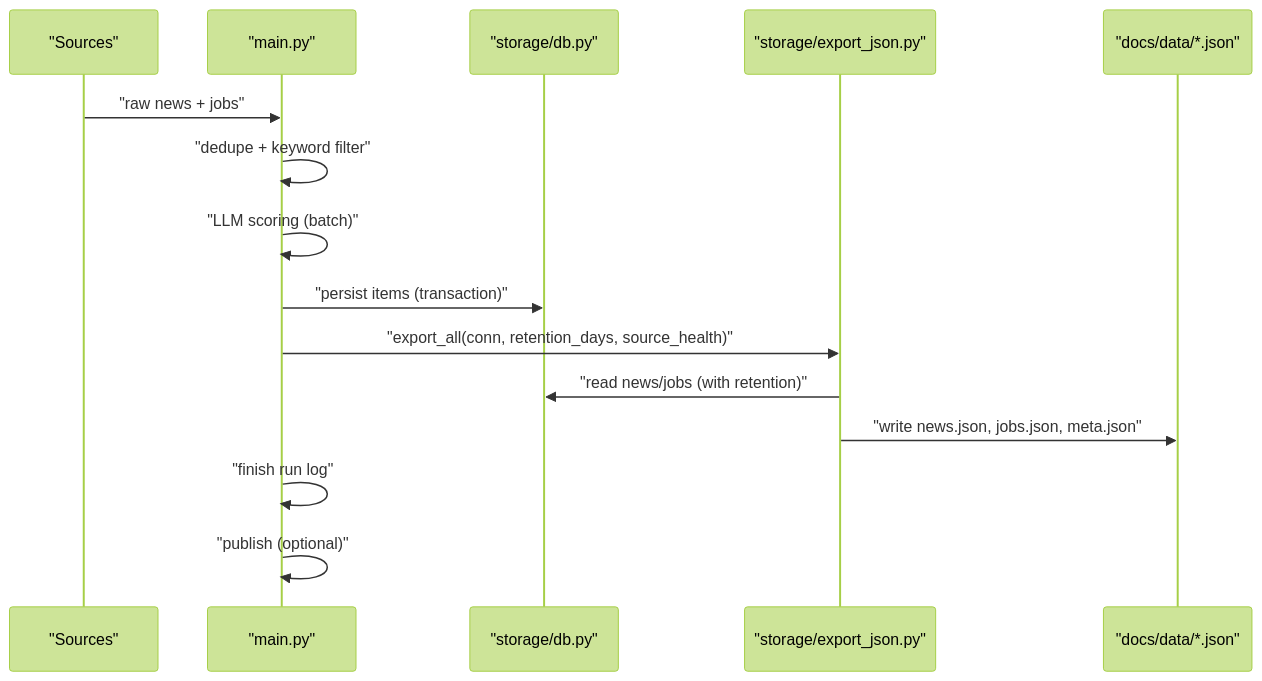
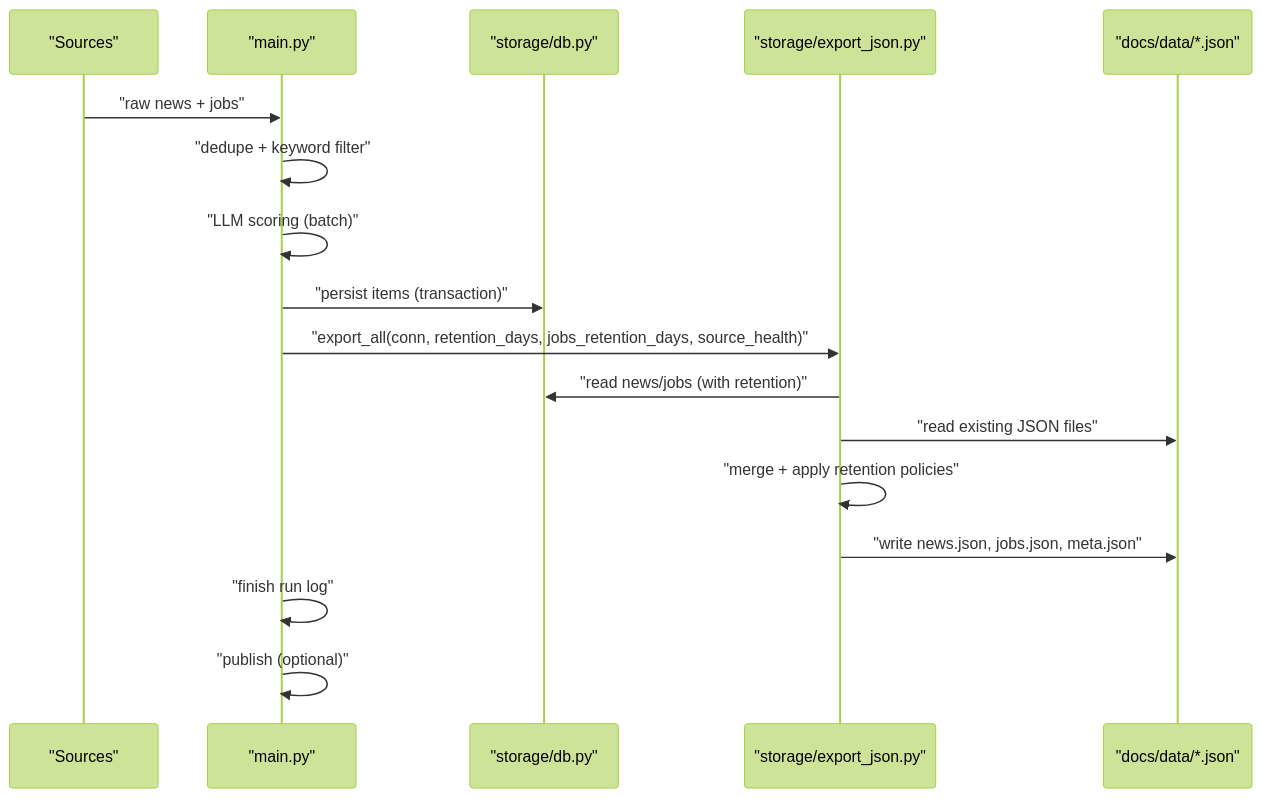
Before and after one commit to shakthi-vinayak/news: the second of 8 diagrams in .qoder/repowiki/en/content/Data Management/Data Management.md, drawn with Mermaid (forest theme). The commit also changed other lines of this file and 55 other files, not shown here.

````diff
--- a/.qoder/repowiki/en/content/Data Management/Data Management.md
+++ b/.qoder/repowiki/en/content/Data Management/Data Management.md
@@ -120,17 +128,19 @@
 ```mermaid
 sequenceDiagram
 participant SRC as "Sources"
 participant ORCH as "main.py"
 participant DB as "storage/db.py"
 participant EXP as "storage/export_json.py"
 participant FS as "docs/data/*.json"
 SRC->>ORCH : "raw news + jobs"
 ORCH->>ORCH : "dedupe + keyword filter"
 ORCH->>ORCH : "LLM scoring (batch)"
 ORCH->>DB : "persist items (transaction)"
-ORCH->>EXP : "export_all(conn, retention_days, source_health)"
+ORCH->>EXP : "export_all(conn, retention_days, jobs_retention_days, source_health)"
 EXP->>DB : "read news/jobs (with retention)"
+EXP->>FS : "read existing JSON files"
+EXP->>EXP : "merge + apply retention policies"
 EXP->>FS : "write news.json, jobs.json, meta.json"
 ORCH->>ORCH : "finish run log"
 ORCH->>ORCH : "publish (optional)"
 ```
````
